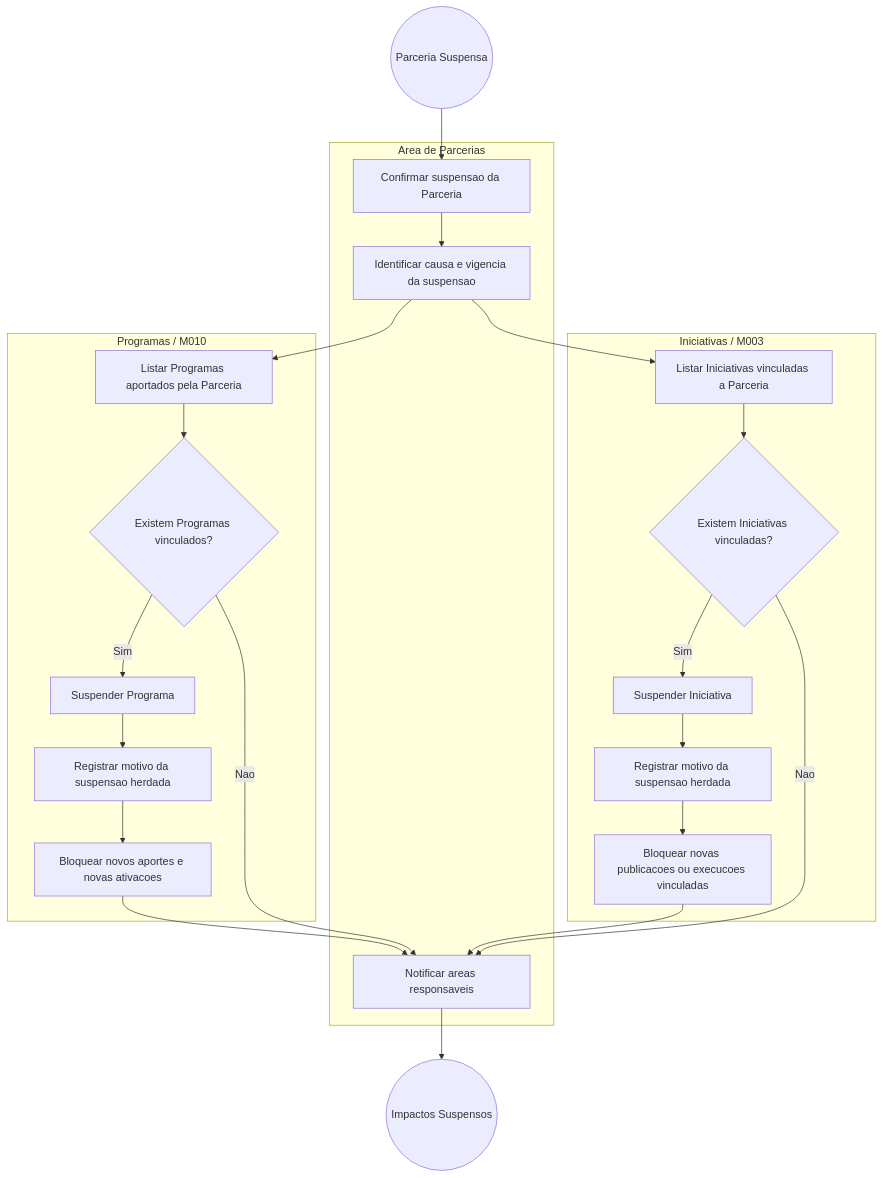
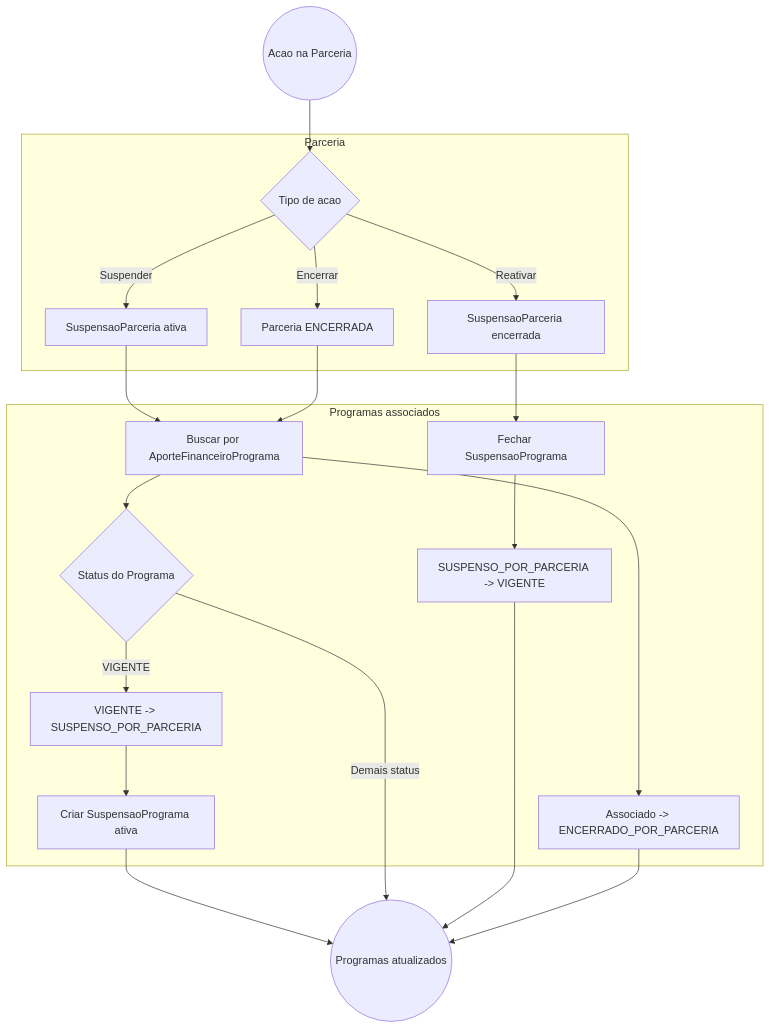
One commit to Czzped/conecta-fapes-teste changed the fourth of 4 diagrams in docs/implementation/modules/M010-planejamento-estrategia/parcerias/processo.md. Above: the diagram before and after it, drawn with Mermaid. The commit also changed other lines of this file and 20 other files, not shown here.

````diff
--- a/docs/implementation/modules/M010-planejamento-estrategia/parcerias/processo.md
+++ b/docs/implementation/modules/M010-planejamento-estrategia/parcerias/processo.md
@@ -195,39 +178,29 @@
 ```mermaid
 flowchart TB
-    inicio((Parceria Suspensa))
-    fim((Impactos Suspensos))
+    inicio((Acao na Parceria))
+    fim((Programas atualizados))
 
-    subgraph area["Area de Parcerias"]
-        A1["Confirmar suspensao da Parceria"]
-        A2["Identificar causa e vigencia da suspensao"]
-        A3["Notificar areas responsaveis"]
+    subgraph parceria["Parceria"]
+        G0{"Tipo de acao"}
+        S1["SuspensaoParceria ativa"]
+        R1["SuspensaoParceria encerrada"]
+        E1["Parceria ENCERRADA"]
     end
 
-    subgraph programas["Programas / M010"]
-        P1["Listar Programas aportados pela Parceria"]
-        G1{"Existem Programas vinculados?"}
-        P2["Suspender Programa"]
-        P3["Registrar motivo da suspensao herdada"]
-        P4["Bloquear novos aportes e novas ativacoes"]
+    subgraph programas["Programas associados"]
+        P1["Buscar por AporteFinanceiroPrograma"]
+        G1{"Status do Programa"}
+        P2["VIGENTE -> SUSPENSO_POR_PARCERIA"]
+        P3["Criar SuspensaoPrograma ativa"]
+        P4["SUSPENSO_POR_PARCERIA -> VIGENTE"]
+        P5["Fechar SuspensaoPrograma"]
+        P6["Associado -> ENCERRADO_POR_PARCERIA"]
     end
 
-    subgraph iniciativas["Iniciativas / M003"]
-        I1["Listar Iniciativas vinculadas a Parceria"]
-        G2{"Existem Iniciativas vinculadas?"}
-        I2["Suspender Iniciativa"]
-        I3["Registrar motivo da suspensao herdada"]
-        I4["Bloquear novas publicacoes ou execucoes vinculadas"]
-    end
-
-    inicio --> A1 --> A2
-    A2 --> P1 --> G1
-    A2 --> I1 --> G2
-
-    G1 -- "Sim" --> P2 --> P3 --> P4 --> A3
-    G1 -- "Nao" --> A3
-
-    G2 -- "Sim" --> I2 --> I3 --> I4 --> A3
-    G2 -- "Nao" --> A3
-
-    A3 --> fim
+    inicio --> G0
+    G0 -- "Suspender" --> S1 --> P1 --> G1
+    G1 -- "VIGENTE" --> P2 --> P3 --> fim
+    G1 -- "Demais status" --> fim
+    G0 -- "Reativar" --> R1 --> P5 --> P4 --> fim
+    G0 -- "Encerrar" --> E1 --> P1 --> P6 --> fim
 ```
````
